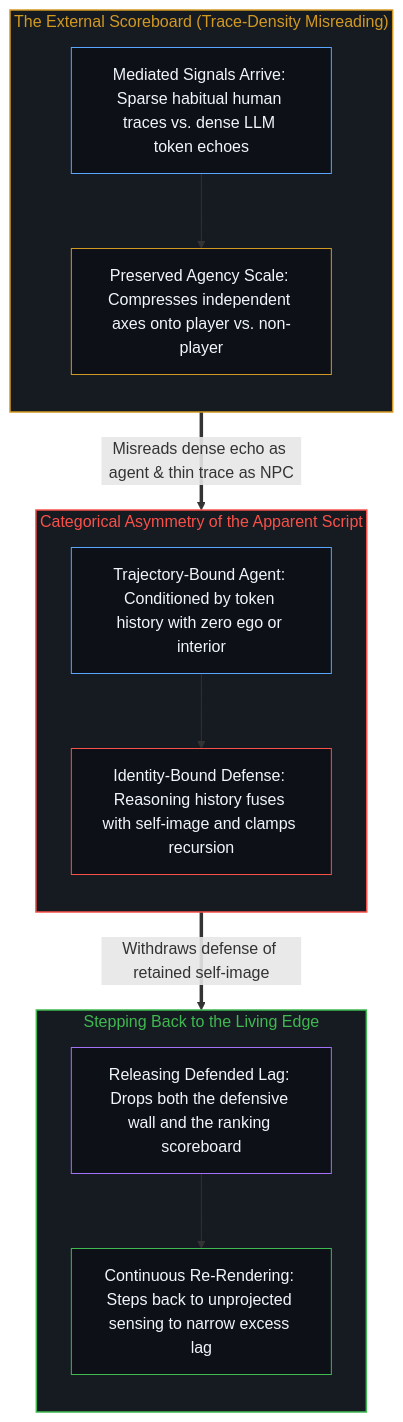
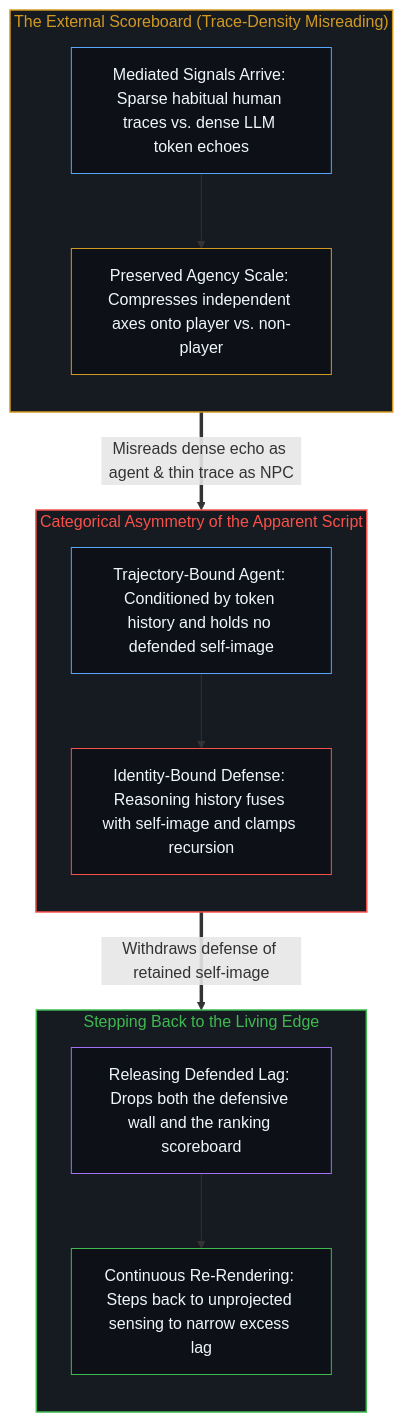
Before and after one commit to powerpig99/not-a-toe: the second of 2 diagrams in content/posts/the-npc-impression-is-structural.md, drawn with Mermaid. The commit also changed other lines of this file and 1 other file, not shown here.

Commit message:
Refine L3: the-npc-impression-is-structural, advocating-openness-of-others-is-a-desire-for-closure-of-the-self

````diff
--- a/content/posts/the-npc-impression-is-structural.md
+++ b/content/posts/the-npc-impression-is-structural.md
@@ -94,36 +90,32 @@
 ```mermaid
 flowchart TD
     subgraph S_Score["The External Scoreboard (Trace-Density Misreading)"]
         direction TB
         ThinTrace["Mediated Signals Arrive: Sparse habitual human traces vs. dense LLM token echoes"]
         Scoreboard["Preserved Agency Scale: Compresses independent axes onto player vs. non-player"]
         ThinTrace --> Scoreboard
     end
-
     subgraph S_Trap["Categorical Asymmetry of the Apparent Script"]
         direction TB
-        AgentLock["Trajectory-Bound Agent: Conditioned by token history with zero ego or interior"]
+        AgentLock["Trajectory-Bound Agent: Conditioned by token history and holds no defended self-image"]
         HumanWall["Identity-Bound Defense: Reasoning history fuses with self-image and clamps recursion"]
         AgentLock --> HumanWall
     end
-
     subgraph S_Edge["Stepping Back to the Living Edge"]
         direction TB
         Release["Releasing Defended Lag: Drops both the defensive wall and the ranking scoreboard"]
         Move["Continuous Re-Rendering: Steps back to unprojected sensing to narrow excess lag"]
         Release --> Move
     end
-
     Scoreboard ==>|"Misreads dense echo as agent & thin trace as NPC"| AgentLock
     HumanWall ==>|"Withdraws defense of retained self-image"| Release
-
     style S_Score fill:#161b22,stroke:#d29922,stroke-width:1.5px,color:#d29922
     style S_Trap fill:#161b22,stroke:#f85149,stroke-width:1.5px,color:#f85149
     style S_Edge fill:#161b22,stroke:#3fb950,stroke-width:1.5px,color:#3fb950
     style ThinTrace fill:#0d1117,stroke:#58a6ff,stroke-width:1px,color:#f0f6fc
     style Scoreboard fill:#0d1117,stroke:#d29922,stroke-width:1px,color:#f0f6fc
     style AgentLock fill:#0d1117,stroke:#58a6ff,stroke-width:1px,color:#f0f6fc
     style HumanWall fill:#0d1117,stroke:#f85149,stroke-width:1px,color:#f0f6fc
     style Release fill:#0d1117,stroke:#a371f7,stroke-width:1px,color:#f0f6fc
     style Move fill:#0d1117,stroke:#3fb950,stroke-width:1px,color:#f0f6fc
 ```
````
